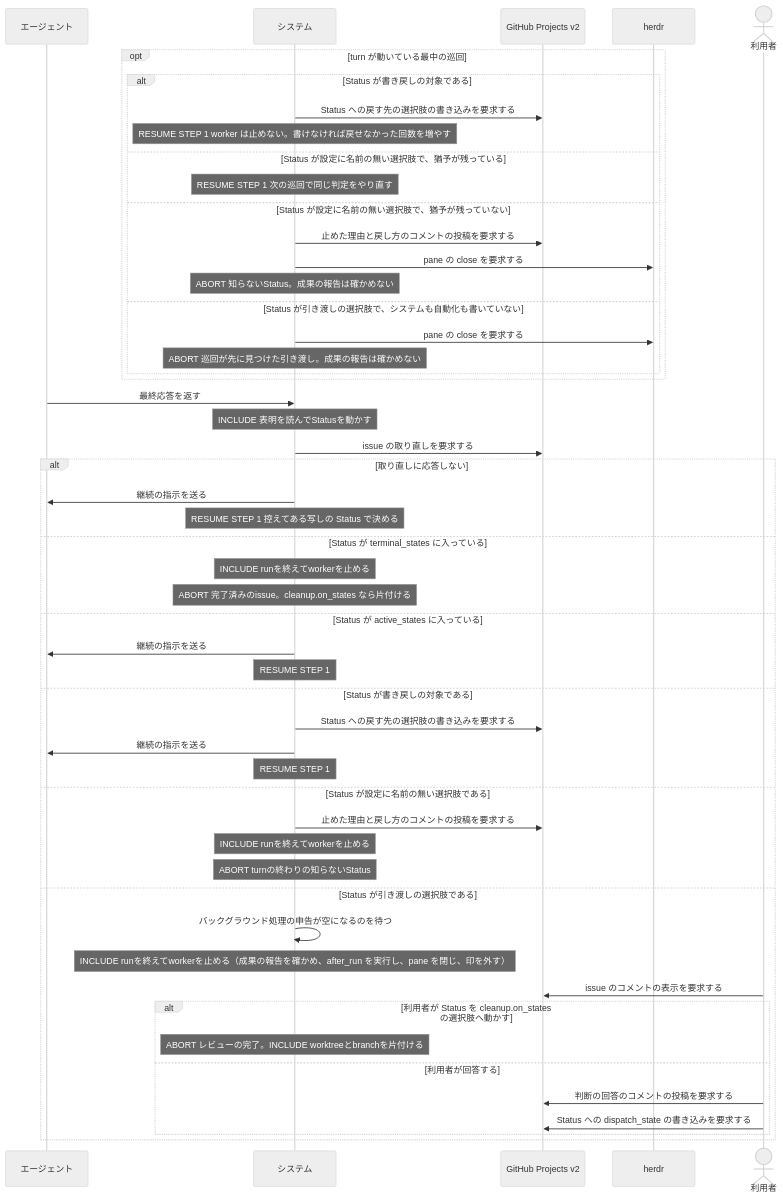
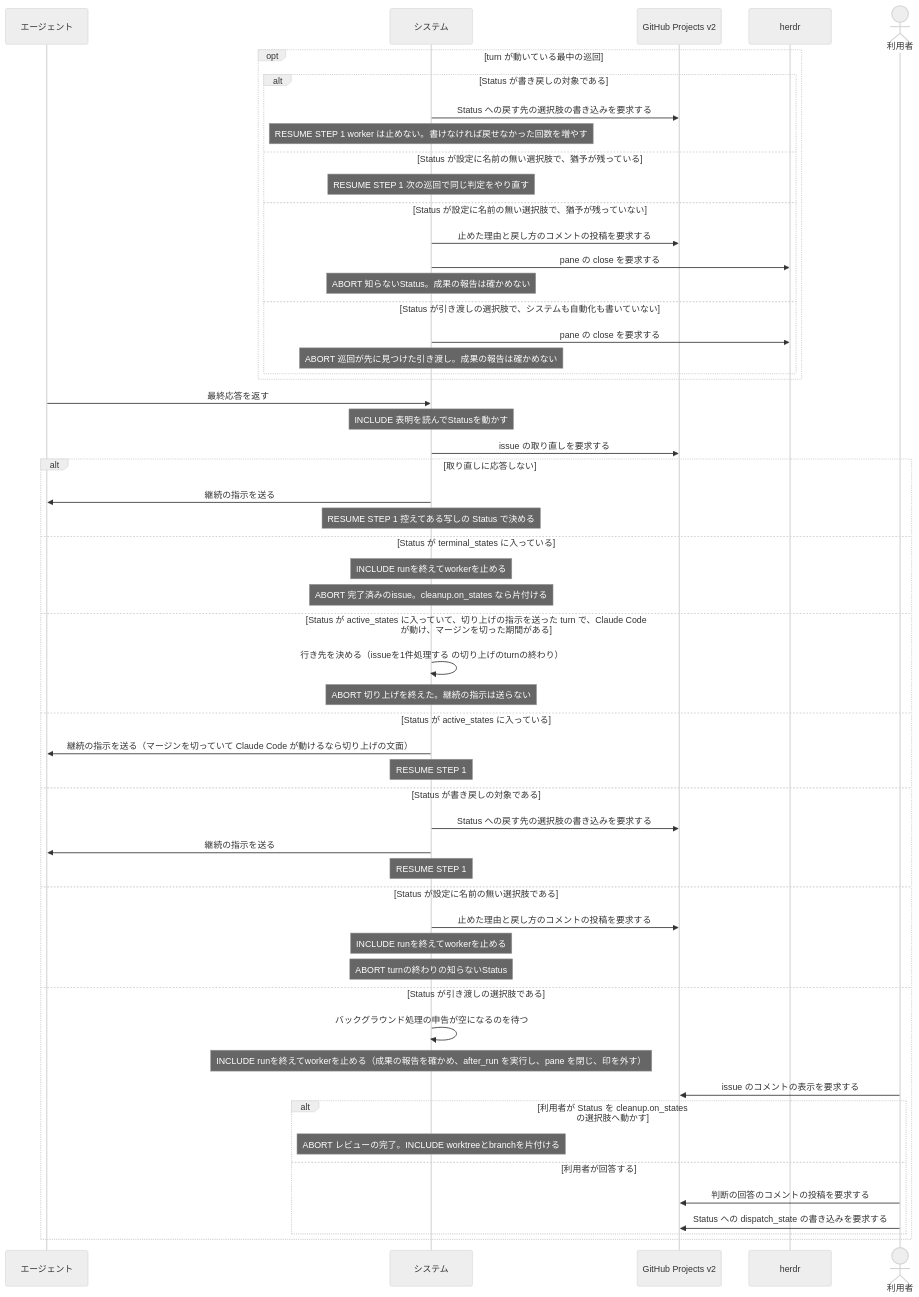
Before and after one commit to maimuzo/continuo: the second of 2 diagrams in docs/spec/usecases/particular_case/人間に判断を渡す.rucm.md, drawn with Mermaid (neutral theme). The commit also changed other lines of this file and 91 other files, not shown here.

````diff
--- a/docs/spec/usecases/particular_case/人間に判断を渡す.rucm.md
+++ b/docs/spec/usecases/particular_case/人間に判断を渡す.rucm.md
@@ -469,55 +488,58 @@
 ```mermaid
 sequenceDiagram
     participant CC as エージェント
     participant S as システム
     participant GH as GitHub Projects v2
     participant H as herdr
     actor U as 利用者
 
     opt turn が動いている最中の巡回
         alt Status が書き戻しの対象である
             S->>GH: Status への戻す先の選択肢の書き込みを要求する
             Note over S: RESUME STEP 1 worker は止めない。書けなければ戻せなかった回数を増やす
         else Status が設定に名前の無い選択肢で、猶予が残っている
             Note over S: RESUME STEP 1 次の巡回で同じ判定をやり直す
         else Status が設定に名前の無い選択肢で、猶予が残っていない
             S->>GH: 止めた理由と戻し方のコメントの投稿を要求する
             S->>H: pane の close を要求する
             Note over S: ABORT 知らないStatus。成果の報告は確かめない
         else Status が引き渡しの選択肢で、システムも自動化も書いていない
             S->>H: pane の close を要求する
             Note over S: ABORT 巡回が先に見つけた引き渡し。成果の報告は確かめない
         end
     end
     CC->>S: 最終応答を返す
     Note over S: INCLUDE 表明を読んでStatusを動かす
     S->>GH: issue の取り直しを要求する
     alt 取り直しに応答しない
         S->>CC: 継続の指示を送る
         Note over S: RESUME STEP 1 控えてある写しの Status で決める
     else Status が terminal_states に入っている
         Note over S: INCLUDE runを終えてworkerを止める
         Note over S: ABORT 完了済みのissue。cleanup.on_states なら片付ける
+    else Status が active_states に入っていて、切り上げの指示を送った turn で、Claude Code が動け、マージンを切った期間がある
+        S->>S: 行き先を決める（issueを1件処理する の切り上げのturnの終わり）
+        Note over S: ABORT 切り上げを終えた。継続の指示は送らない
     else Status が active_states に入っている
-        S->>CC: 継続の指示を送る
+        S->>CC: 継続の指示を送る（マージンを切っていて Claude Code が動けるなら切り上げの文面）
         Note over S: RESUME STEP 1
     else Status が書き戻しの対象である
         S->>GH: Status への戻す先の選択肢の書き込みを要求する
         S->>CC: 継続の指示を送る
         Note over S: RESUME STEP 1
     else Status が設定に名前の無い選択肢である
         S->>GH: 止めた理由と戻し方のコメントの投稿を要求する
         Note over S: INCLUDE runを終えてworkerを止める
         Note over S: ABORT turnの終わりの知らないStatus
     else Status が引き渡しの選択肢である
         S->>S: バックグラウンド処理の申告が空になるのを待つ
         Note over S: INCLUDE runを終えてworkerを止める（成果の報告を確かめ、after_run を実行し、pane を閉じ、印を外す）
         U->>GH: issue のコメントの表示を要求する
         alt 利用者が Status を cleanup.on_states の選択肢へ動かす
             Note over S: ABORT レビューの完了。INCLUDE worktreeとbranchを片付ける
         else 利用者が回答する
             U->>GH: 判断の回答のコメントの投稿を要求する
             U->>GH: Status への dispatch_state の書き込みを要求する
         end
     end
 ```
````
